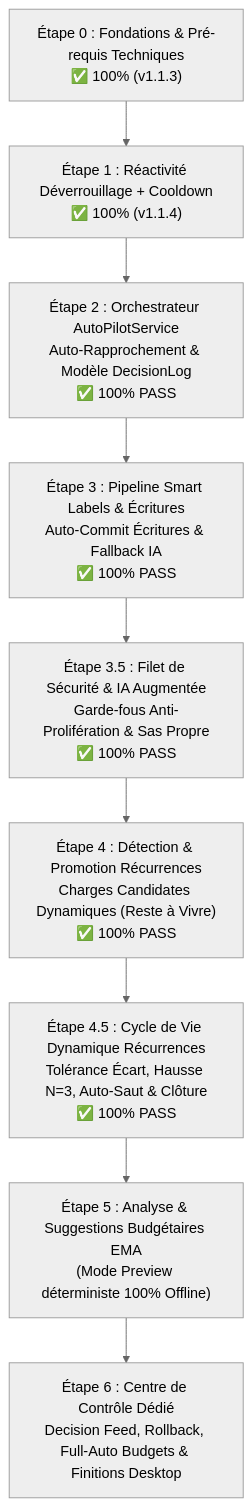
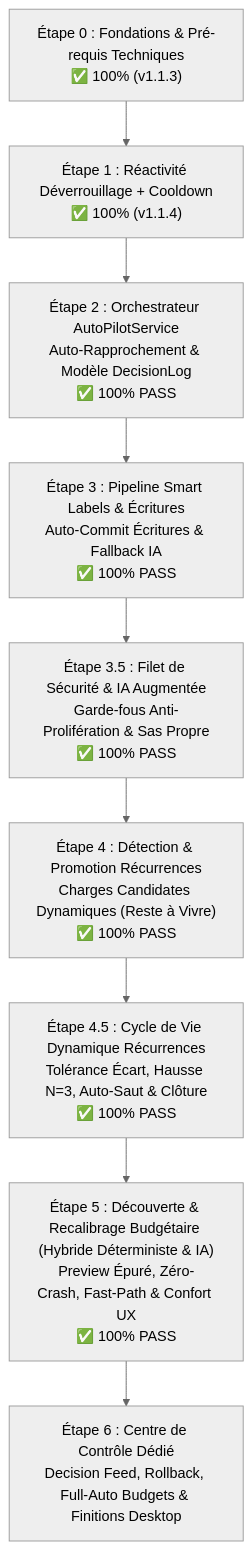
Before and after one commit to Aschefr/OmniBank-Local: the diagram in docs/AUTO_PILOT_ROADMAP.md, drawn with Mermaid (neutral theme). The commit also changed other lines of this file and 39 other files, not shown here.

````diff
--- a/docs/AUTO_PILOT_ROADMAP.md
+++ b/docs/AUTO_PILOT_ROADMAP.md
@@ -543,11 +554,11 @@
 ```mermaid
 graph TD
     Z["Étape 0 : Fondations & Pré-requis Techniques<br/>✅ 100% (v1.1.3)"] --> A["Étape 1 : Réactivité Déverrouillage + Cooldown<br/>✅ 100% (v1.1.4)"]
     A --> B["Étape 2 : Orchestrateur AutoPilotService<br/>Auto-Rapprochement & Modèle DecisionLog<br/>✅ 100% PASS"]
     B --> C["Étape 3 : Pipeline Smart Labels & Écritures<br/>Auto-Commit Écritures & Fallback IA<br/>✅ 100% PASS"]
     C --> C1["Étape 3.5 : Filet de Sécurité & IA Augmentée<br/>Garde-fous Anti-Prolifération & Sas Propre<br/>✅ 100% PASS"]
     C1 --> D["Étape 4 : Détection & Promotion Récurrences<br/>Charges Candidates Dynamiques (Reste à Vivre)<br/>✅ 100% PASS"]
     D --> D1["Étape 4.5 : Cycle de Vie Dynamique Récurrences<br/>Tolérance Écart, Hausse N=3, Auto-Saut & Clôture<br/>✅ 100% PASS"]
-    D1 --> E["Étape 5 : Analyse & Suggestions Budgétaires EMA<br/>(Mode Preview déterministe 100% Offline)"]
+    D1 --> E["Étape 5 : Découverte & Recalibrage Budgétaire (Hybride Déterministe & IA)<br/>Preview Épuré, Zéro-Crash, Fast-Path & Confort UX<br/>✅ 100% PASS"]
     E --> F["Étape 6 : Centre de Contrôle Dédié<br/>Decision Feed, Rollback, Full-Auto Budgets & Finitions Desktop"]
 ```
````
